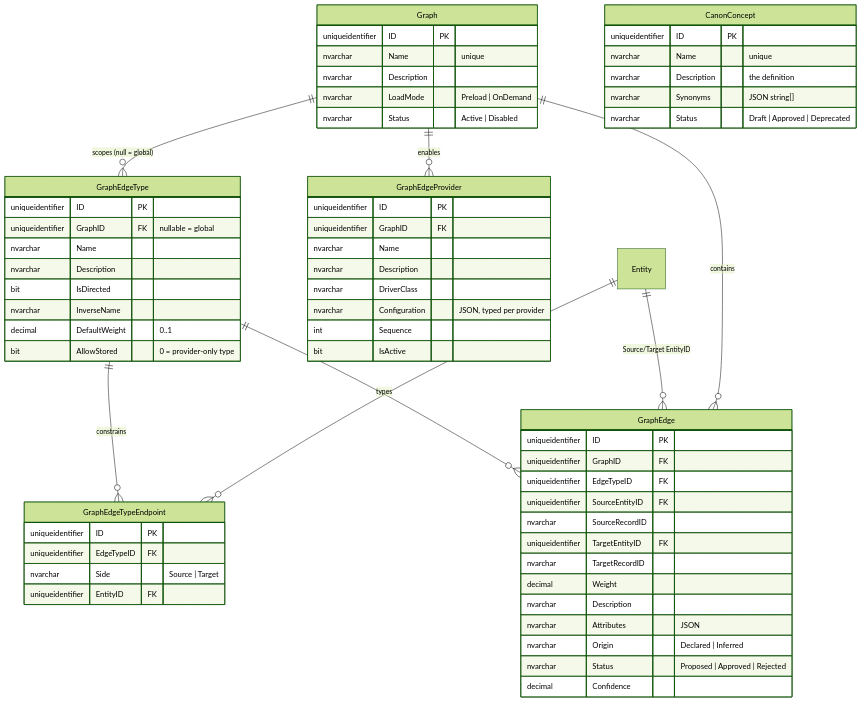
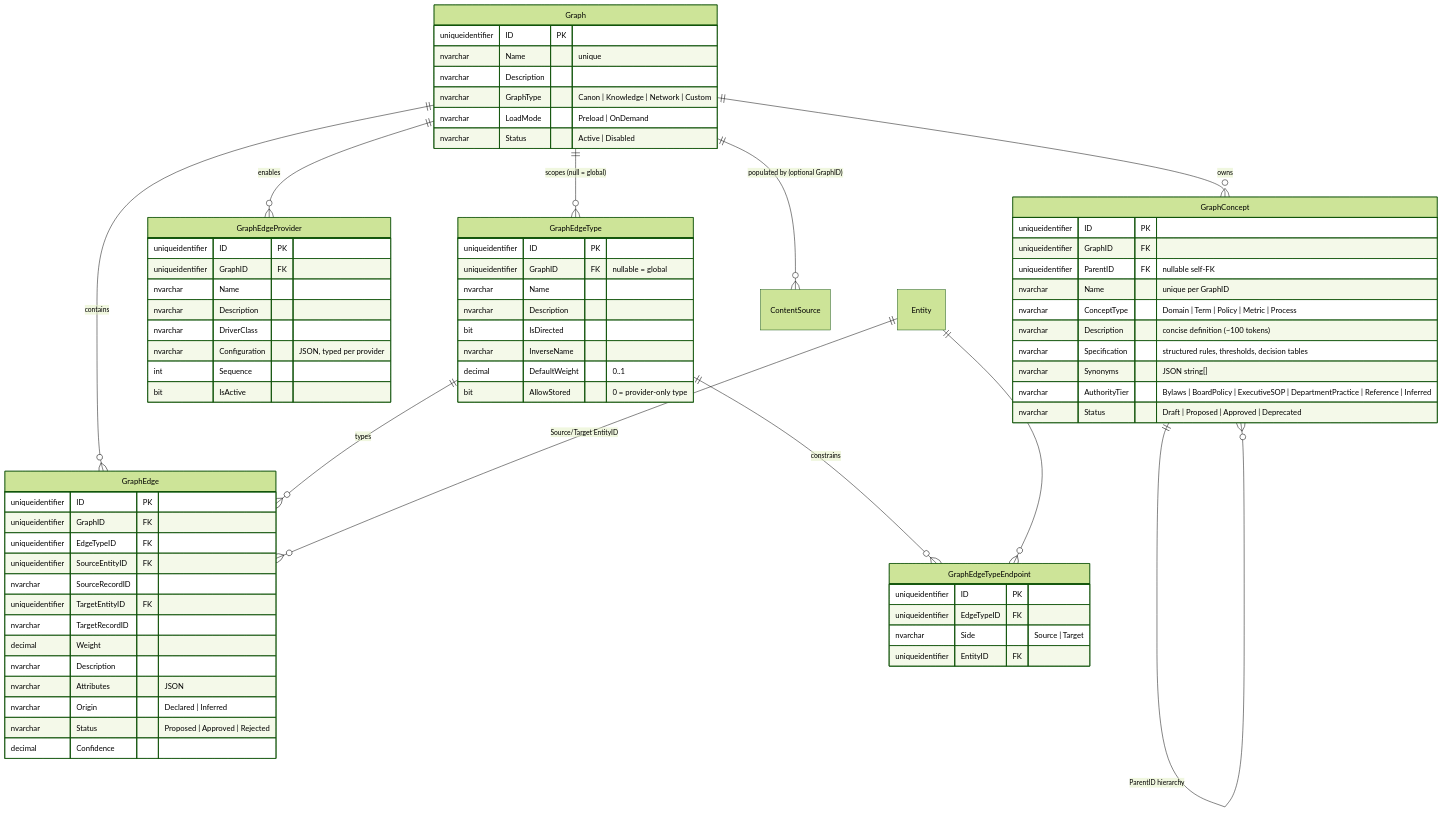
Before and after one commit to MemberJunction/MJ: the first of 2 diagrams in plans/canon-semantic-graph.md, drawn with Mermaid (forest theme). The commit also changed other lines of this file and 27 other files, not shown here.

Commit message:
feat(graph): add Semantic Graph substrate, GraphConcept, and Content Pipeline GraphStage

````diff
--- a/plans/canon-semantic-graph.md
+++ b/plans/canon-semantic-graph.md
@@ -94,65 +94,74 @@
 ```mermaid
 erDiagram
     Graph ||--o{ GraphEdgeType : "scopes (null = global)"
     Graph ||--o{ GraphEdgeProvider : "enables"
     Graph ||--o{ GraphEdge : "contains"
+    Graph ||--o{ GraphConcept : "owns"
+    Graph ||--o{ ContentSource : "populated by (optional GraphID)"
+    GraphConcept ||--o{ GraphConcept : "ParentID hierarchy"
     GraphEdgeType ||--o{ GraphEdgeTypeEndpoint : "constrains"
     GraphEdgeType ||--o{ GraphEdge : "types"
     Entity ||--o{ GraphEdgeTypeEndpoint : ""
     Entity ||--o{ GraphEdge : "Source/Target EntityID"
     Graph {
         uniqueidentifier ID PK
         nvarchar Name "unique"
         nvarchar Description
+        nvarchar GraphType "Canon | Knowledge | Network | Custom"
         nvarchar LoadMode "Preload | OnDemand"
         nvarchar Status "Active | Disabled"
     }
     GraphEdgeType {
         uniqueidentifier ID PK
         uniqueidentifier GraphID FK "nullable = global"
         nvarchar Name
         nvarchar Description
         bit IsDirected
         nvarchar InverseName
         decimal DefaultWeight "0..1"
         bit AllowStored "0 = provider-only type"
     }
     GraphEdgeTypeEndpoint {
         uniqueidentifier ID PK
         uniqueidentifier EdgeTypeID FK
         nvarchar Side "Source | Target"
         uniqueidentifier EntityID FK
     }
     GraphEdgeProvider {
         uniqueidentifier ID PK
         uniqueidentifier GraphID FK
         nvarchar Name
         nvarchar Description
         nvarchar DriverClass
         nvarchar Configuration "JSON, typed per provider"
         int Sequence
         bit IsActive
     }
     GraphEdge {
         uniqueidentifier ID PK
         uniqueidentifier GraphID FK
         uniqueidentifier EdgeTypeID FK
         uniqueidentifier SourceEntityID FK
         nvarchar SourceRecordID
         uniqueidentifier TargetEntityID FK
         nvarchar TargetRecordID
         decimal Weight
         nvarchar Description
         nvarchar Attributes "JSON"
         nvarchar Origin "Declared | Inferred"
         nvarchar Status "Proposed | Approved | Rejected"
         decimal Confidence
     }
-    CanonConcept {
+    GraphConcept {
         uniqueidentifier ID PK
-        nvarchar Name "unique"
-        nvarchar Description "the definition"
+        uniqueidentifier GraphID FK
+        uniqueidentifier ParentID FK "nullable self-FK"
+        nvarchar Name "unique per GraphID"
+        nvarchar ConceptType "Domain | Term | Policy | Metric | Process"
+        nvarchar Description "concise definition (~100 tokens)"
+        nvarchar Specification "structured rules, thresholds, decision tables"
         nvarchar Synonyms "JSON string[]"
-        nvarchar Status "Draft | Approved | Deprecated"
+        nvarchar AuthorityTier "Bylaws | BoardPolicy | ExecutiveSOP | DepartmentPractice | Reference | Inferred"
+        nvarchar Status "Draft | Proposed | Approved | Deprecated"
     }
 ```
````
